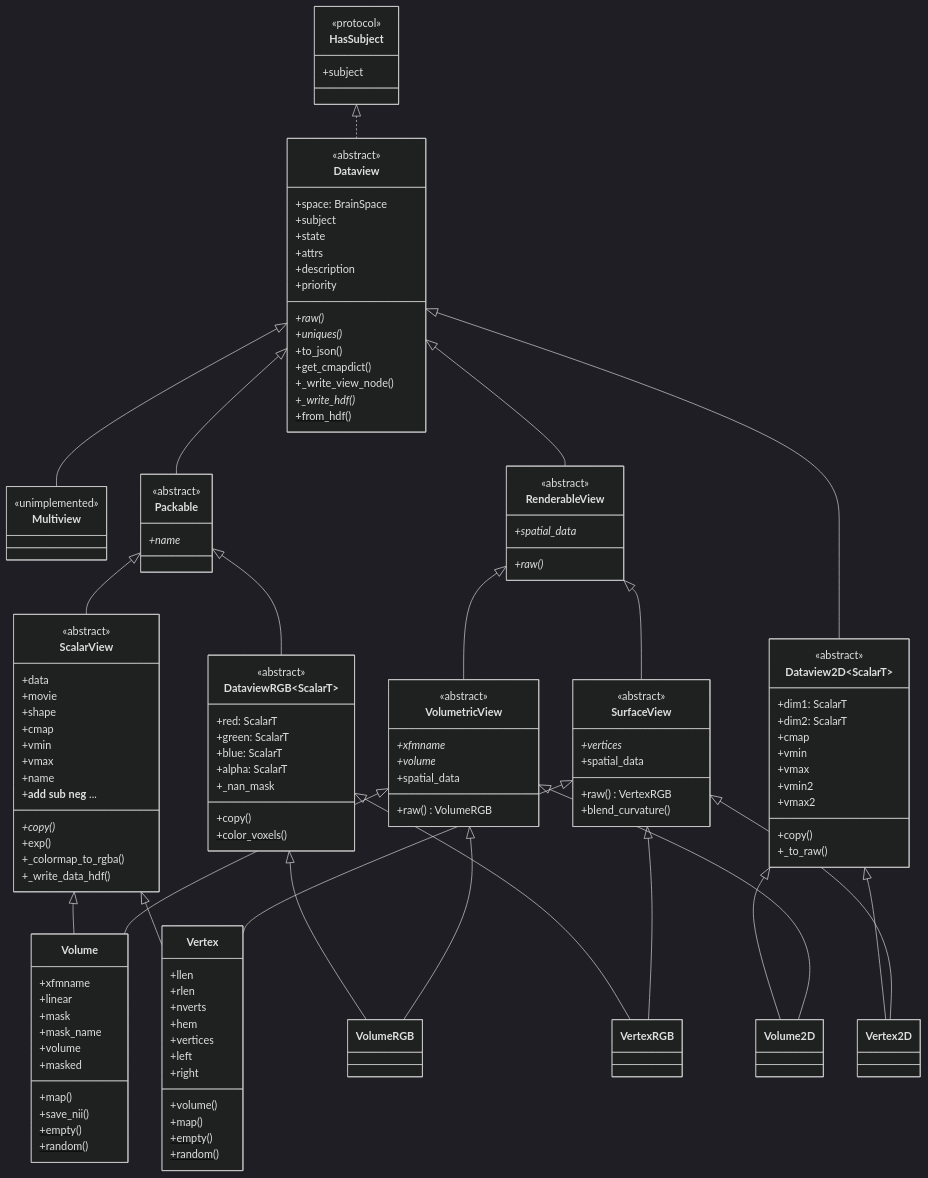
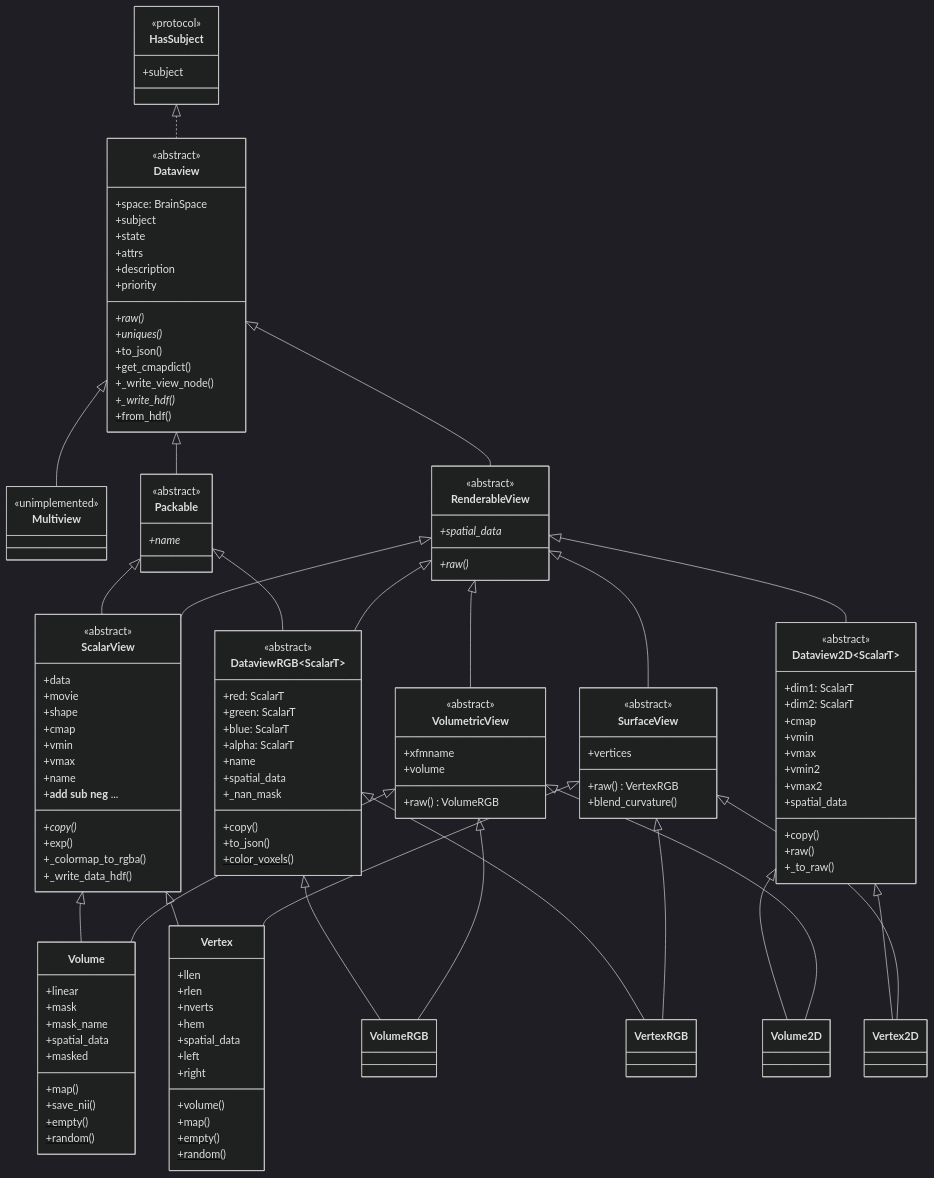
Before and after one commit to kroq-gar78/pycortex: the first of 2 diagrams in cortex/dataset/INHERITANCE.md, drawn with Mermaid (dark theme). The commit also changed other lines of this file, not shown here.

```diff
--- a/cortex/dataset/INHERITANCE.md
+++ b/cortex/dataset/INHERITANCE.md
@@ -75,7 +75,9 @@
         +vmax
         +vmin2
         +vmax2
+        +spatial_data
         +copy()
+        +raw()
         +_to_raw()
     }
     class DataviewRGB~ScalarT~ {
@@ -84,17 +86,19 @@
         +green: ScalarT
         +blue: ScalarT
         +alpha: ScalarT
+        +name
+        +spatial_data
         +copy()
+        +to_json()
         +color_voxels()$
         +_nan_mask
     }
 
     class Volume {
-        +xfmname
         +linear
         +mask
         +mask_name
-        +volume
+        +spatial_data
         +masked
         +map()
         +save_nii()
@@ -106,7 +110,7 @@
         +rlen
         +nverts
         +hem
-        +vertices
+        +spatial_data
         +left
         +right
         +volume()
@@ -137,26 +141,26 @@
     }
     class VolumetricView {
         <<abstract>>
-        +xfmname*
-        +volume*
-        +spatial_data
+        +xfmname
+        +volume
         +raw() VolumeRGB
     }
     class SurfaceView {
         <<abstract>>
-        +vertices*
-        +spatial_data
+        +vertices
         +raw() VertexRGB
         +blend_curvature()
     }
 
     HasSubject <|.. Dataview
     Dataview <|-- Packable
-    Dataview <|-- Dataview2D
     Dataview <|-- Multiview
     Dataview <|-- RenderableView
     Packable <|-- ScalarView
     Packable <|-- DataviewRGB
+    RenderableView <|-- ScalarView
+    RenderableView <|-- Dataview2D
+    RenderableView <|-- DataviewRGB
     RenderableView <|-- VolumetricView
     RenderableView <|-- SurfaceView
 
```
